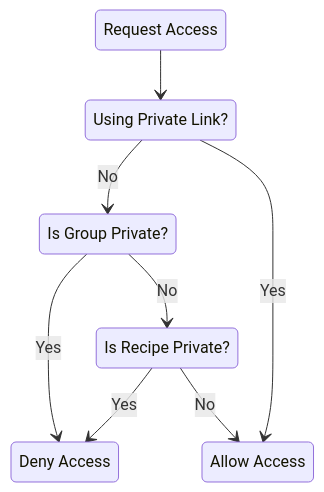
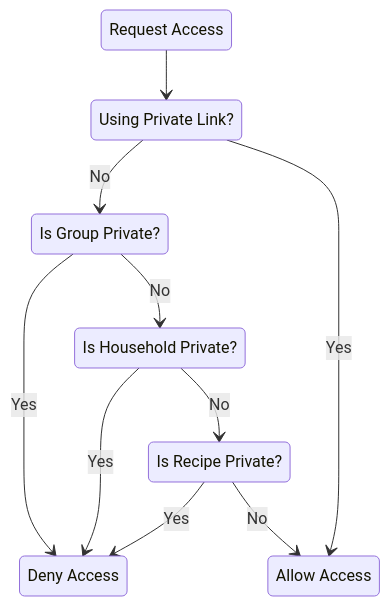
The diagram in docs/docs/documentation/getting-started/faq.md (mealie-recipes/mealie), drawn with Mermaid before and after one commit. The commit also changed other lines of this file and 7 other files, not shown here.

````diff
--- a/docs/docs/documentation/getting-started/faq.md
+++ b/docs/docs/documentation/getting-started/faq.md
@@ -110,20 +111,24 @@
 ```mermaid
 stateDiagram-v2
   r1: Request Access
   p1: Using Private Link?
   p2: Is Group Private?
-  p3: Is Recipe Private?
+  p3: Is Household Private?
+  p4: Is Recipe Private?
   s1: Deny Access
   n1: Allow Access
 
 
   r1 --> p1
   p1 --> p2: No
   p1 --> n1: Yes
 
   p2 --> s1: Yes
   p2 --> p3: No
 
   p3 --> s1: Yes
-  p3 --> n1: No
+  p3 --> p4: No
+
+  p4 --> s1: Yes
+  p4 --> n1: No
 ```
````
